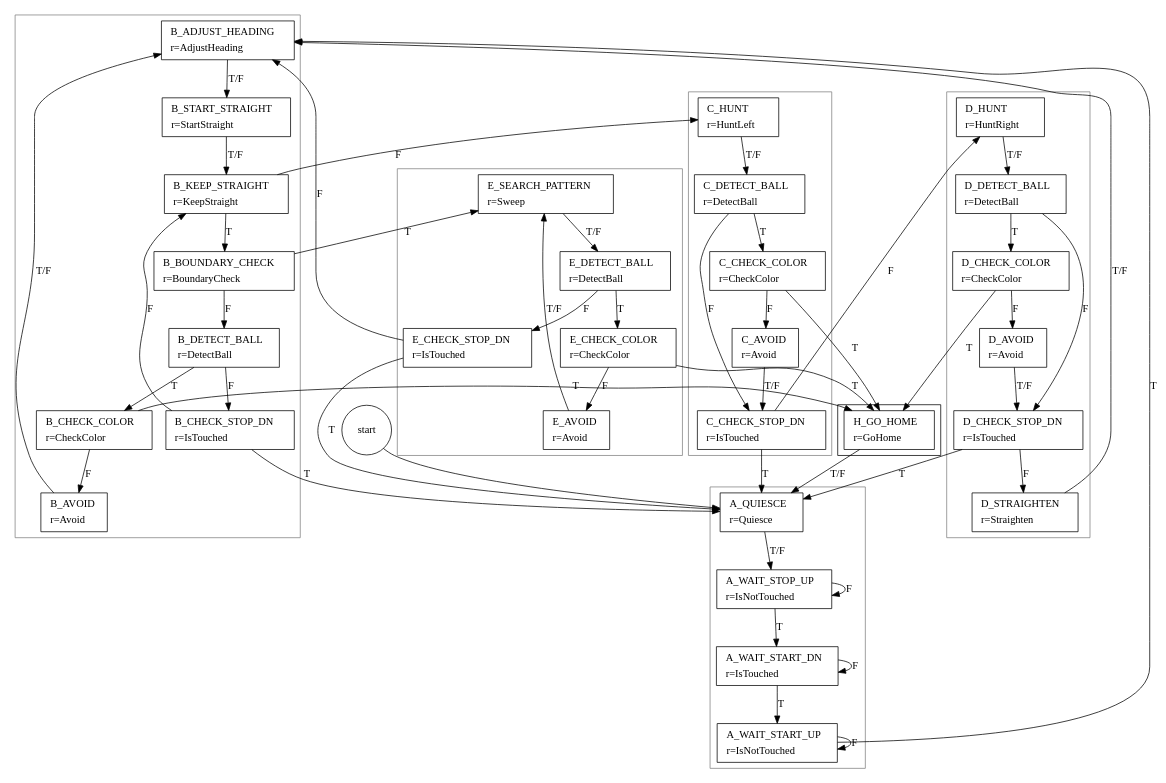
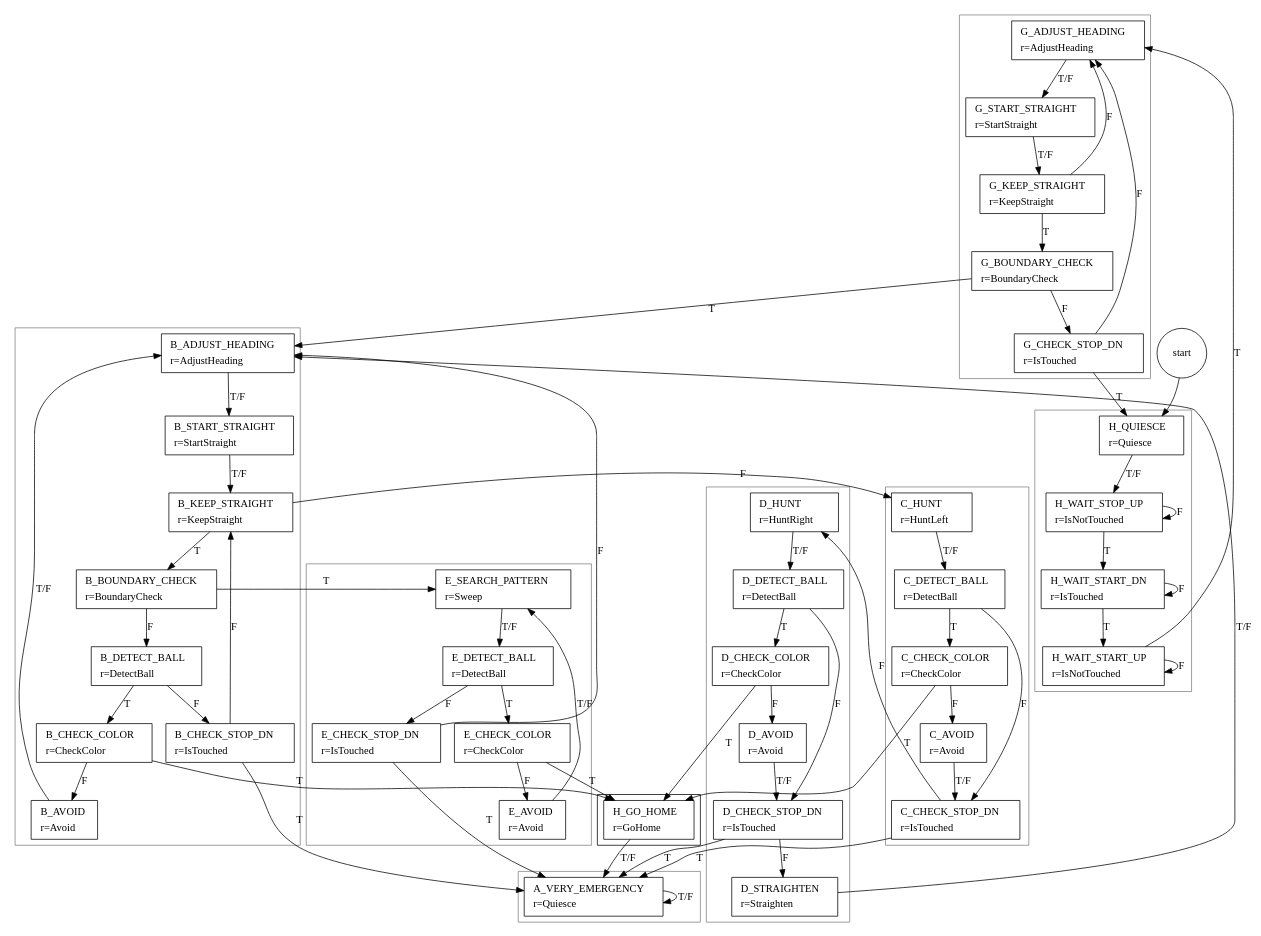
One commit to greck/0xDEADBEEF changed the diagram in FSM.dot. Above: the diagram before and after it, drawn with Graphviz. The commit also changed 2 other files, not shown here.

Commit message:
"think outside the box" sequences added i.e. the robot will get out of the start box and then get to work

```diff
--- a/FSM.dot
+++ b/FSM.dot
@@ -1,139 +1,175 @@
 digraph FSM {
 
 "START" [ shape=circle label="start" ];
 
-# QUIESCE sequence
+# "normal" QUIESCE sequence
 #
 	subgraph cluster_A {
 
 		color = gray;
 
-		A_QUIESCE        [ shape=box label=<<table border="0"><tr><td align="left">A_QUIESCE</td></tr><tr><td align="left">r=Quiesce</td></tr></table>> ];
-		A_WAIT_STOP_UP   [ shape=box label=<<table border="0"><tr><td align="left">A_WAIT_STOP_UP</td></tr><tr><td align="left">r=IsNotTouched</td></tr></table>> ];
-		A_WAIT_START_DN  [ shape=box label=<<table border="0"><tr><td align="left">A_WAIT_START_DN</td></tr><tr><td align="left">r=IsTouched</td></tr></table>> ];
-		A_WAIT_START_UP  [ shape=box label=<<table border="0"><tr><td align="left">A_WAIT_START_UP</td></tr><tr><td align="left">r=IsNotTouched</td></tr></table>> ];
+		A_VERY_EMERGENCY [ shape=box label=<<table border="0"><tr><td align="left">A_VERY_EMERGENCY</td></tr><tr><td align="left">r=Quiesce</td></tr></table>> ];
 
 	}
 
 # "normal" STRAIGHT sequence
 #
 	subgraph cluster_B {
 	
 		color = gray;
 
 		B_ADJUST_HEADING [ shape=box label=<<table border="0"><tr><td align="left">B_ADJUST_HEADING</td></tr><tr><td align="left">r=AdjustHeading</td></tr></table>> ];
 		B_START_STRAIGHT [ shape=box label=<<table border="0"><tr><td align="left">B_START_STRAIGHT</td></tr><tr><td align="left">r=StartStraight</td></tr></table>> ];
 		B_KEEP_STRAIGHT  [ shape=box label=<<table border="0"><tr><td align="left">B_KEEP_STRAIGHT</td></tr><tr><td align="left">r=KeepStraight</td></tr></table>> ];
 		B_BOUNDARY_CHECK [ shape=box label=<<table border="0"><tr><td align="left">B_BOUNDARY_CHECK</td></tr><tr><td align="left">r=BoundaryCheck</td></tr></table>> ];
 		B_DETECT_BALL    [ shape=box label=<<table border="0"><tr><td align="left">B_DETECT_BALL</td></tr><tr><td align="left">r=DetectBall</td></tr></table>> ];
 		B_CHECK_COLOR    [ shape=box label=<<table border="0"><tr><td align="left">B_CHECK_COLOR</td></tr><tr><td align="left">r=CheckColor</td></tr></table>> ];
 		B_AVOID          [ shape=box label=<<table border="0"><tr><td align="left">B_AVOID</td></tr><tr><td align="left">r=Avoid</td></tr></table>> ];
 		B_CHECK_STOP_DN  [ shape=box label=<<table border="0"><tr><td align="left">B_CHECK_STOP_DN</td></tr><tr><td align="left">r=IsTouched</td></tr></table>> ];
 
 	}		
 
 # "normal" HUNT LEFT sequence
 #
 	subgraph cluster_C {
 	
 		color = gray;
 
 		C_HUNT           [ shape=box label=<<table border="0"><tr><td align="left">C_HUNT</td></tr><tr><td align="left">r=HuntLeft</td></tr></table>> ];
 		C_DETECT_BALL    [ shape=box label=<<table border="0"><tr><td align="left">C_DETECT_BALL</td></tr><tr><td align="left">r=DetectBall</td></tr></table>> ];
 		C_CHECK_COLOR    [ shape=box label=<<table border="0"><tr><td align="left">C_CHECK_COLOR</td></tr><tr><td align="left">r=CheckColor</td></tr></table>> ];
 		C_AVOID          [ shape=box label=<<table border="0"><tr><td align="left">C_AVOID</td></tr><tr><td align="left">r=Avoid</td></tr></table>> ];
 		C_CHECK_STOP_DN  [ shape=box label=<<table border="0"><tr><td align="left">C_CHECK_STOP_DN</td></tr><tr><td align="left">r=IsTouched</td></tr></table>> ];
 
 	}		
 
 # "normal" HUNT RIGHT sequence
 #
 	subgraph cluster_D {
 	
 		color = gray;
 
 		D_HUNT           [ shape=box label=<<table border="0"><tr><td align="left">D_HUNT</td></tr><tr><td align="left">r=HuntRight</td></tr></table>> ];
 		D_DETECT_BALL    [ shape=box label=<<table border="0"><tr><td align="left">D_DETECT_BALL</td></tr><tr><td align="left">r=DetectBall</td></tr></table>> ];
 		D_CHECK_COLOR    [ shape=box label=<<table border="0"><tr><td align="left">D_CHECK_COLOR</td></tr><tr><td align="left">r=CheckColor</td></tr></table>> ];
 		D_AVOID          [ shape=box label=<<table border="0"><tr><td align="left">D_AVOID</td></tr><tr><td align="left">r=Avoid</td></tr></table>> ];
 		D_CHECK_STOP_DN  [ shape=box label=<<table border="0"><tr><td align="left">D_CHECK_STOP_DN</td></tr><tr><td align="left">r=IsTouched</td></tr></table>> ];
 		D_STRAIGHTEN     [ shape=box label=<<table border="0"><tr><td align="left">D_STRAIGHTEN</td></tr><tr><td align="left">r=Straighten</td></tr></table>> ];
 
 	}		
 
 # "normal" SEARCH PATTERN sequence
 #
 	subgraph cluster_E {
 	
 		color = gray;
 
 		E_SEARCH_PATTERN [ shape=box label=<<table border="0"><tr><td align="left">E_SEARCH_PATTERN</td></tr><tr><td align="left">r=Sweep</td></tr></table>> ];
 		E_DETECT_BALL    [ shape=box label=<<table border="0"><tr><td align="left">E_DETECT_BALL</td></tr><tr><td align="left">r=DetectBall</td></tr></table>> ];
 		E_CHECK_COLOR    [ shape=box label=<<table border="0"><tr><td align="left">E_CHECK_COLOR</td></tr><tr><td align="left">r=CheckColor</td></tr></table>> ];
 		E_AVOID          [ shape=box label=<<table border="0"><tr><td align="left">E_AVOID</td></tr><tr><td align="left">r=Avoid</td></tr></table>> ];
 		E_CHECK_STOP_DN  [ shape=box label=<<table border="0"><tr><td align="left">E_CHECK_STOP_DN</td></tr><tr><td align="left">r=IsTouched</td></tr></table>> ];
 
 	}
 
 # HOME sequence
 #	
 	subgraph cluster_F {
 	
 		F_GO_HOME        [ shape=box label=<<table border="0"><tr><td align="left">H_GO_HOME</td></tr><tr><td align="left">r=GoHome</td></tr></table>> ];
 	
 	}
 
-	START            -> A_QUIESCE;
-	A_QUIESCE        -> A_WAIT_STOP_UP   [ label = "T/F" ];
-	A_WAIT_STOP_UP   -> A_WAIT_START_DN  [ label = "T" ];
-	A_WAIT_STOP_UP   -> A_WAIT_STOP_UP   [ label = "F" ];
-	A_WAIT_START_DN  -> A_WAIT_START_UP  [ label = "T" ];
-	A_WAIT_START_DN  -> A_WAIT_START_DN  [ label = "F" ];
-	A_WAIT_START_UP  -> B_ADJUST_HEADING [ label = "T" ];
-	A_WAIT_START_UP  -> A_WAIT_START_UP  [ label = "F" ];
+# "think outside the box" STRAIGHT sequence
+#
+	subgraph cluster_G {
+	
+		color = gray;
+
+		G_ADJUST_HEADING [ shape=box label=<<table border="0"><tr><td align="left">G_ADJUST_HEADING</td></tr><tr><td align="left">r=AdjustHeading</td></tr></table>> ];
+		G_START_STRAIGHT [ shape=box label=<<table border="0"><tr><td align="left">G_START_STRAIGHT</td></tr><tr><td align="left">r=StartStraight</td></tr></table>> ];
+		G_KEEP_STRAIGHT  [ shape=box label=<<table border="0"><tr><td align="left">G_KEEP_STRAIGHT</td></tr><tr><td align="left">r=KeepStraight</td></tr></table>> ];
+		G_BOUNDARY_CHECK [ shape=box label=<<table border="0"><tr><td align="left">G_BOUNDARY_CHECK</td></tr><tr><td align="left">r=BoundaryCheck</td></tr></table>> ];
+		G_CHECK_STOP_DN  [ shape=box label=<<table border="0"><tr><td align="left">G_CHECK_STOP_DN</td></tr><tr><td align="left">r=IsTouched</td></tr></table>> ];
+
+	}		
+
+# "think outside the box" QUIESCE sequence
+#
+	subgraph cluster_H {
+
+		color = gray;
+
+		H_QUIESCE        [ shape=box label=<<table border="0"><tr><td align="left">H_QUIESCE</td></tr><tr><td align="left">r=Quiesce</td></tr></table>> ];
+		H_WAIT_STOP_UP   [ shape=box label=<<table border="0"><tr><td align="left">H_WAIT_STOP_UP</td></tr><tr><td align="left">r=IsNotTouched</td></tr></table>> ];
+		H_WAIT_START_DN  [ shape=box label=<<table border="0"><tr><td align="left">H_WAIT_START_DN</td></tr><tr><td align="left">r=IsTouched</td></tr></table>> ];
+		H_WAIT_START_UP  [ shape=box label=<<table border="0"><tr><td align="left">H_WAIT_START_UP</td></tr><tr><td align="left">r=IsNotTouched</td></tr></table>> ];
+
+	}
+
+	START            -> H_QUIESCE;
+
+	A_VERY_EMERGENCY -> A_VERY_EMERGENCY [ label = "T/F" ];
 
 	B_ADJUST_HEADING -> B_START_STRAIGHT [ label = "T/F" ];
 	B_START_STRAIGHT -> B_KEEP_STRAIGHT  [ label = "T/F" ];
 	B_KEEP_STRAIGHT  -> B_BOUNDARY_CHECK [ label = "T" ];
 	B_KEEP_STRAIGHT  -> C_HUNT           [ label = "F" ];
 	B_BOUNDARY_CHECK -> E_SEARCH_PATTERN [ label = "T" ];
 	B_BOUNDARY_CHECK -> B_DETECT_BALL    [ label = "F" ];
 	B_DETECT_BALL    -> B_CHECK_COLOR    [ label = "T" ];
 	B_DETECT_BALL    -> B_CHECK_STOP_DN  [ label = "F" ];
 	B_CHECK_COLOR    -> F_GO_HOME        [ label = "T" ];
 	B_CHECK_COLOR    -> B_AVOID          [ label = "F" ];
 	B_AVOID          -> B_ADJUST_HEADING [ label = "T/F" ];
-	B_CHECK_STOP_DN  -> A_QUIESCE        [ label = "T" ];
+	B_CHECK_STOP_DN  -> A_VERY_EMERGENCY [ label = "T" ];
 	B_CHECK_STOP_DN  -> B_KEEP_STRAIGHT  [ label = "F" ];
 
 	C_HUNT           -> C_DETECT_BALL    [ label = "T/F" ];
 	C_DETECT_BALL    -> C_CHECK_COLOR    [ label = "T" ];
 	C_DETECT_BALL    -> C_CHECK_STOP_DN  [ label = "F" ];
 	C_CHECK_COLOR    -> F_GO_HOME        [ label = "T" ];
 	C_CHECK_COLOR    -> C_AVOID          [ label = "F" ];
 	C_AVOID          -> C_CHECK_STOP_DN  [ label = "T/F" ];
-	C_CHECK_STOP_DN  -> A_QUIESCE        [ label = "T" ];
+	C_CHECK_STOP_DN  -> A_VERY_EMERGENCY [ label = "T" ];
 	C_CHECK_STOP_DN  -> D_HUNT           [ label = "F" ];
 
 	D_HUNT           -> D_DETECT_BALL    [ label = "T/F" ];
 	D_DETECT_BALL    -> D_CHECK_COLOR    [ label = "T" ];
 	D_DETECT_BALL    -> D_CHECK_STOP_DN  [ label = "F" ];
 	D_CHECK_COLOR    -> F_GO_HOME        [ label = "T" ];
 	D_CHECK_COLOR    -> D_AVOID          [ label = "F" ];
 	D_AVOID          -> D_CHECK_STOP_DN  [ label = "T/F" ];
-	D_CHECK_STOP_DN  -> A_QUIESCE        [ label = "T" ];
+	D_CHECK_STOP_DN  -> A_VERY_EMERGENCY [ label = "T" ];
 	D_CHECK_STOP_DN  -> D_STRAIGHTEN     [ label = "F" ];
 	D_STRAIGHTEN     -> B_ADJUST_HEADING [ label = "T/F" ];
 
 	E_SEARCH_PATTERN -> E_DETECT_BALL    [ label = "T/F" ];
 	E_DETECT_BALL    -> E_CHECK_COLOR    [ label = "T" ];
 	E_DETECT_BALL    -> E_CHECK_STOP_DN  [ label = "F" ];
 	E_CHECK_COLOR    -> F_GO_HOME        [ label = "T" ];
 	E_CHECK_COLOR    -> E_AVOID          [ label = "F" ];
 	E_AVOID          -> E_SEARCH_PATTERN [ label = "T/F" ];
-	E_CHECK_STOP_DN  -> A_QUIESCE        [ label = "T" ];
+	E_CHECK_STOP_DN  -> A_VERY_EMERGENCY [ label = "T" ];
 	E_CHECK_STOP_DN  -> B_ADJUST_HEADING [ label = "F" ];
 	
-	F_GO_HOME        -> A_QUIESCE        [ label = "T/F" ];
+	F_GO_HOME        -> A_VERY_EMERGENCY [ label = "T/F" ];
+
+	G_ADJUST_HEADING -> G_START_STRAIGHT [ label = "T/F" ];
+	G_START_STRAIGHT -> G_KEEP_STRAIGHT  [ label = "T/F" ];
+	G_KEEP_STRAIGHT  -> G_BOUNDARY_CHECK [ label = "T" ];
+	G_KEEP_STRAIGHT  -> G_ADJUST_HEADING [ label = "F" ];
+	G_BOUNDARY_CHECK -> B_ADJUST_HEADING [ label = "T" ];
+	G_BOUNDARY_CHECK -> G_CHECK_STOP_DN  [ label = "F" ];
+	G_CHECK_STOP_DN  -> H_QUIESCE        [ label = "T" ];
+	G_CHECK_STOP_DN  -> G_ADJUST_HEADING [ label = "F" ];
+
+	H_QUIESCE        -> H_WAIT_STOP_UP   [ label = "T/F" ];
+	H_WAIT_STOP_UP   -> H_WAIT_START_DN  [ label = "T" ];
+	H_WAIT_STOP_UP   -> H_WAIT_STOP_UP   [ label = "F" ];
+	H_WAIT_START_DN  -> H_WAIT_START_UP  [ label = "T" ];
+	H_WAIT_START_DN  -> H_WAIT_START_DN  [ label = "F" ];
+	H_WAIT_START_UP  -> G_ADJUST_HEADING [ label = "T" ];
+	H_WAIT_START_UP  -> H_WAIT_START_UP  [ label = "F" ];
 	
 }
```
